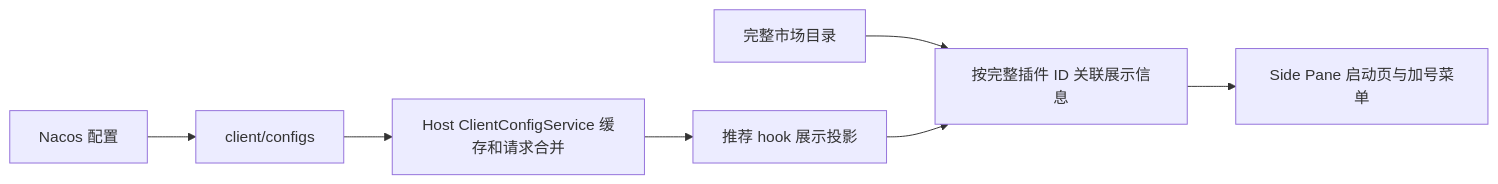
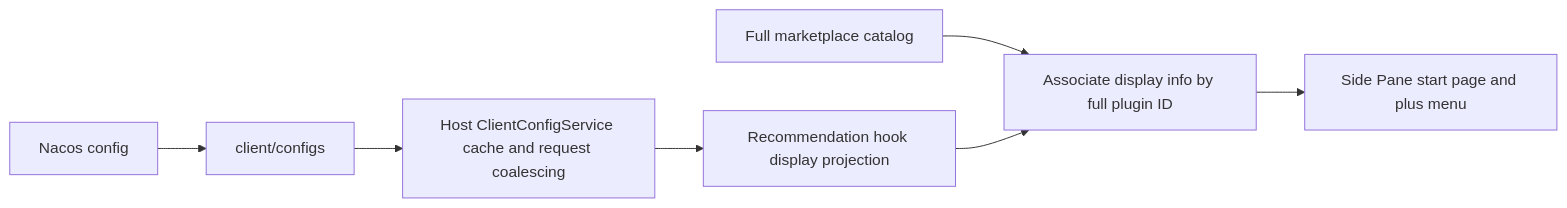
Before and after one commit to osben/ZCode: the fourth of 5 diagrams in docs/plugins/plugin-market-interactions-scope.md, drawn with Mermaid. The commit also changed other lines of this file and 18 other files, not shown here.

````diff
--- a/docs/plugins/plugin-market-interactions-scope.md
+++ b/docs/plugins/plugin-market-interactions-scope.md
@@ -174,9 +236,9 @@
 ```mermaid
 flowchart LR
-  N[Nacos 配置] --> A[client/configs]
-  A --> C[Host ClientConfigService 缓存和请求合并]
-  C --> H[推荐 hook 展示投影]
-  W[完整市场目录] --> I[按完整插件 ID 关联展示信息]
+  N[Nacos config] --> A[client/configs]
+  A --> C[Host ClientConfigService cache and request coalescing]
+  C --> H[Recommendation hook display projection]
+  W[Full marketplace catalog] --> I[Associate display info by full plugin ID]
   H --> I
-  I --> S[Side Pane 启动页与加号菜单]
+  I --> S[Side Pane start page and plus menu]
 ```
````
